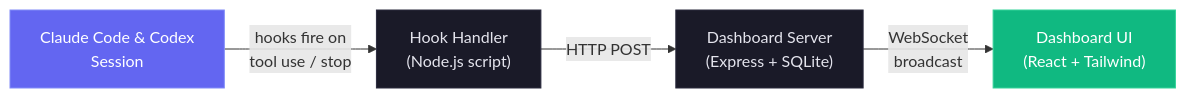
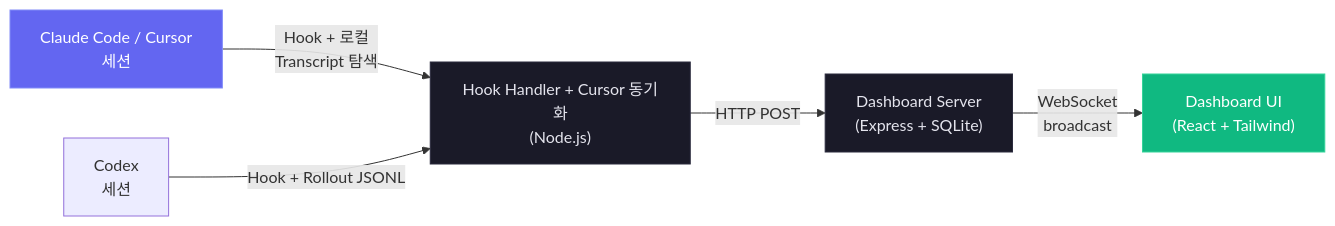
Before and after one commit to Doccy008/Claude-Code-Agent-Monitor: the first of 22 diagrams in README-KO.md, drawn with Mermaid. The commit also changed other lines of this file and 3 other files, not shown here.

````diff
--- a/README-KO.md
+++ b/README-KO.md
@@ -119,10 +119,11 @@
 ```mermaid
 graph LR
-    A["Claude Code & Codex<br/>Session"] -->|hooks fire on<br/>tool use / stop| B["Hook Handler<br/>(Node.js script)"]
+    A["Claude Code / Cursor<br/>세션"] -->|Hook + 로컬<br/>Transcript 탐색| B["Hook Handler + Cursor 동기화<br/>(Node.js)"]
+    X["Codex<br/>세션"] -->|Hook + Rollout JSONL| B
     B -->|HTTP POST| C["Dashboard Server<br/>(Express + SQLite)"]
     C -->|WebSocket<br/>broadcast| D["Dashboard UI<br/>(React + Tailwind)"]
     style A fill:#6366f1,stroke:#818cf8,color:#fff
     style B fill:#1a1a28,stroke:#2a2a3d,color:#e4e4ed
     style C fill:#1a1a28,stroke:#2a2a3d,color:#e4e4ed
     style D fill:#10b981,stroke:#34d399,color:#fff
 ```
````
